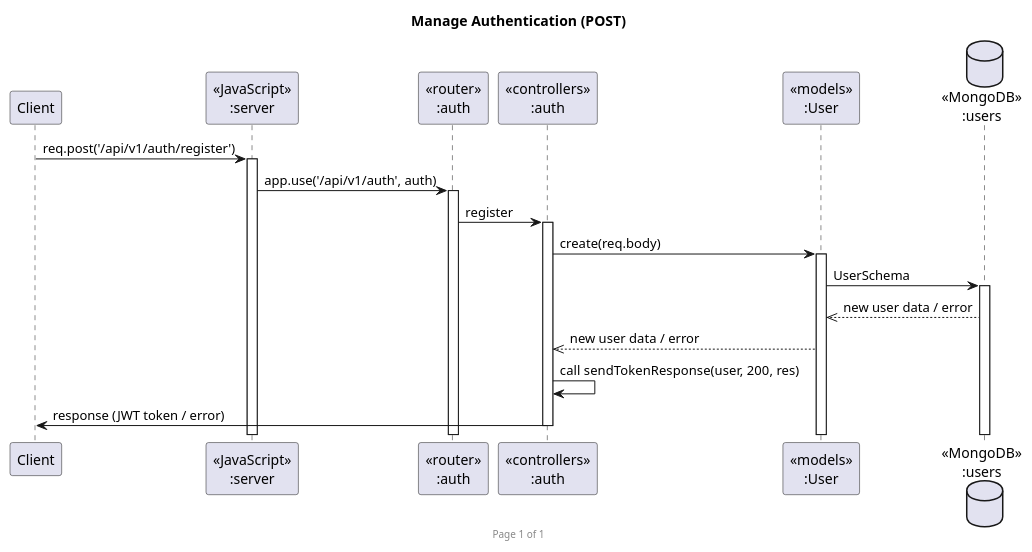
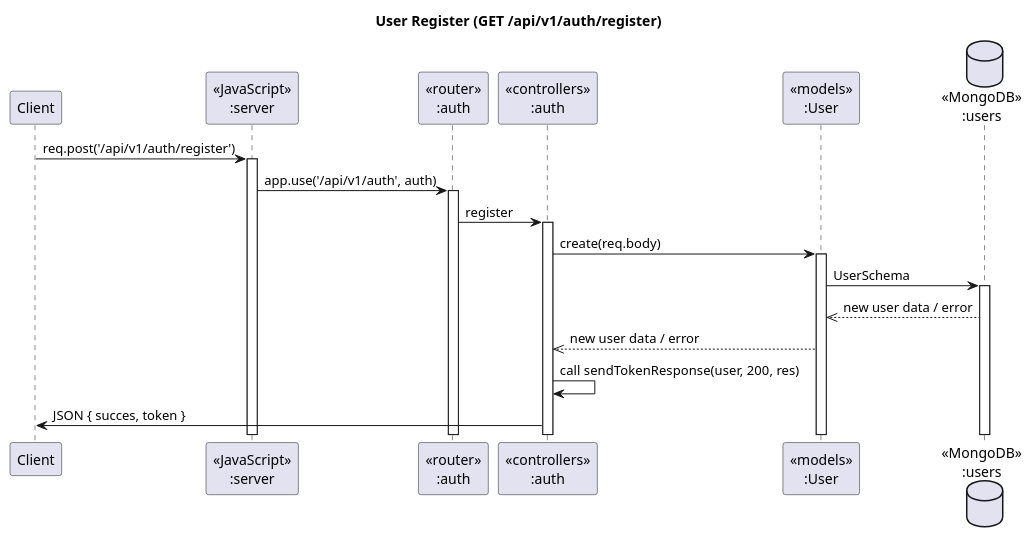
Before and after one commit to 2110503-2564/se-project-backend-10_brain-not-found: the diagram in UML/UML_Auth/register.puml, drawn with PlantUML. The commit also changed 2 other files, not shown here.

```diff
--- a/UML/UML_Auth/register.puml
+++ b/UML/UML_Auth/register.puml
@@ -1,24 +1,24 @@
 @startuml Manage Authentication (POST)
 
-footer Page %page% of %lastpage%
-title "Manage Authentication (POST)"
+
+title "User Register (GET /api/v1/auth/register)"
 
 participant "Client" as client
 participant "<<JavaScript>>\n:server" as server
 participant "<<router>>\n:auth" as routerAuth
 participant "<<controllers>>\n:auth" as controllersAuth
 participant "<<models>>\n:User" as modelUser
 database "<<MongoDB>>\n:users" as UsersDatabase
 
 client -> server ++ : req.post('/api/v1/auth/register')
 server -> routerAuth ++ : app.use('/api/v1/auth', auth)
 routerAuth -> controllersAuth ++ : register
 controllersAuth -> modelUser ++ : create(req.body)
 modelUser -> UsersDatabase ++ : UserSchema
 
 UsersDatabase -->> modelUser : new user data / error
 modelUser -->> controllersAuth : new user data / error
 controllersAuth -> controllersAuth : call sendTokenResponse(user, 200, res)
-controllersAuth -> client -- : response (JWT token / error)
+controllersAuth -> client : JSON { succes, token }
 
 @enduml
```
